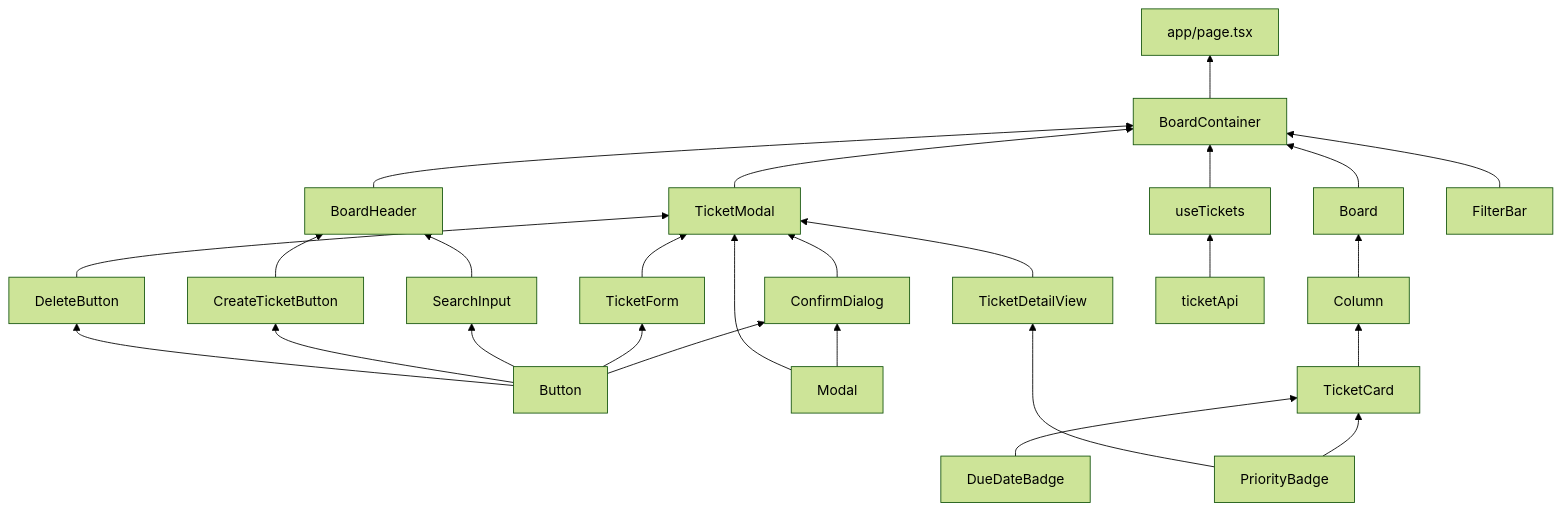
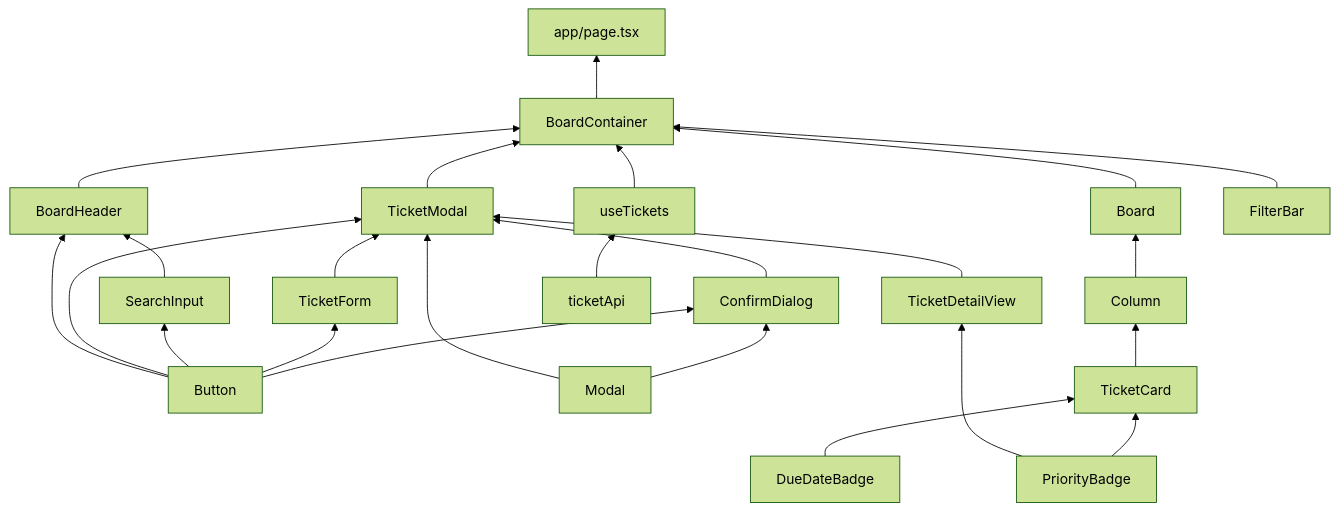
The diagram in docs/FRONTEND_TASKS.md (jngbng/claude-excercise-todo-app), drawn with Mermaid (forest theme) before and after one commit. The commit also changed other lines of this file and 9 other files, not shown here.

Commit message:
과도한 컴포넌트 제거: DeleteButton CreateTicketButton

````diff
--- a/docs/FRONTEND_TASKS.md
+++ b/docs/FRONTEND_TASKS.md
@@ -38,34 +38,32 @@
 ```mermaid
 graph BT
   Button --> ConfirmDialog
   Modal --> ConfirmDialog
   Button --> TicketForm
   PriorityBadge --> TicketCard
   DueDateBadge --> TicketCard
   PriorityBadge --> TicketDetailView
 
   Button --> SearchInput_group[SearchInput]
-  Button --> CreateTicketButton
-  Button --> DeleteButton
 
   Modal --> TicketModal
   TicketDetailView --> TicketModal
   TicketForm --> TicketModal
-  DeleteButton --> TicketModal
+  Button --> TicketModal
   ConfirmDialog --> TicketModal
 
   TicketCard --> Column
   SearchInput_group --> BoardHeader
-  CreateTicketButton --> BoardHeader
+  Button --> BoardHeader
 
   ticketApi --> useTickets
 
   Column --> Board
   Board --> BoardContainer
   BoardHeader --> BoardContainer
   FilterBar --> BoardContainer
   TicketModal --> BoardContainer
   useTickets --> BoardContainer
 
   BoardContainer --> Page[app/page.tsx]
 ```
````
